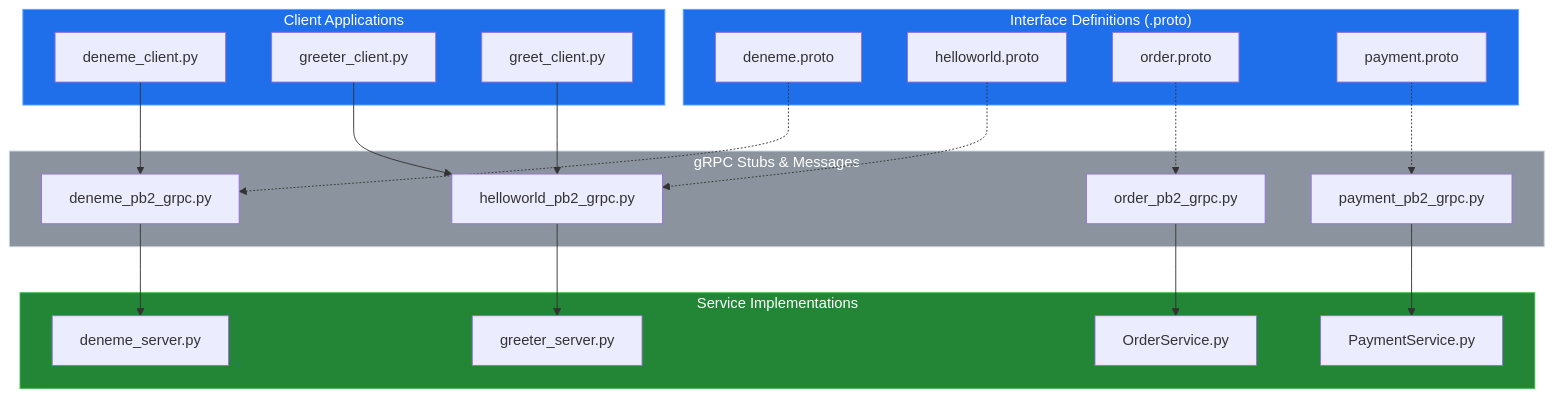
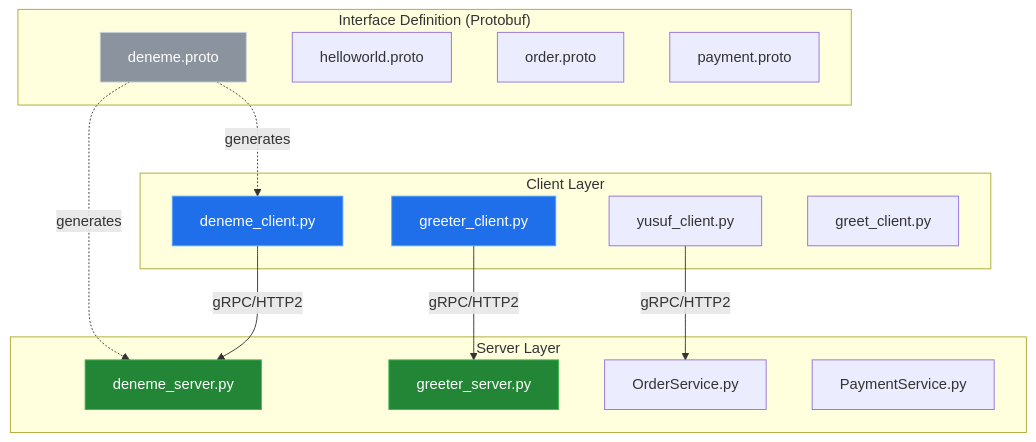
The first of 2 diagrams in README_ARCH.md (YusuffBulbul/GRPC_calisma), drawn with Mermaid before and after one commit. The commit also changed other lines of this file, not shown here.

Commit message:
docs: update system blueprint (2026-09-07)

````diff
--- a/README_ARCH.md
+++ b/README_ARCH.md
@@ -19,49 +19,35 @@
 ```mermaid
 flowchart TD
-    subgraph Protobuf ["Interface Definitions (.proto)"]
+    subgraph ClientLayer ["Client Layer"]
+        C1["deneme_client.py"]
+        C2["greeter_client.py"]
+        C3["yusuf_client.py"]
+        C4["greet_client.py"]
+    end
+
+    subgraph InterfaceLayer ["Interface Definition (Protobuf)"]
         P1["deneme.proto"]
         P2["helloworld.proto"]
         P3["order.proto"]
         P4["payment.proto"]
     end
 
-    subgraph Generated ["gRPC Stubs & Messages"]
-        G1["deneme_pb2_grpc.py"]
-        G2["helloworld_pb2_grpc.py"]
-        G3["order_pb2_grpc.py"]
-        G4["payment_pb2_grpc.py"]
-    end
-
-    subgraph Logic ["Service Implementations"]
+    subgraph ServerLayer ["Server Layer"]
         S1["deneme_server.py"]
         S2["greeter_server.py"]
         S3["OrderService.py"]
         S4["PaymentService.py"]
     end
 
-    subgraph Clients ["Client Applications"]
-        C1["deneme_client.py"]
-        C2["greeter_client.py"]
-        C3["greet_client.py"]
-    end
-
-    P1 -.-> G1
-    P2 -.-> G2
-    P3 -.-> G3
-    P4 -.-> G4
-
-    G1 --> S1
-    G2 --> S2
-    G3 --> S3
-    G4 --> S4
-
-    C1 --> G1
-    C2 --> G2
-    C3 --> G2
-
-    style Protobuf fill:#1f6feb,stroke:#58a6ff,color:#fff
-    style Generated fill:#8b949e,stroke:#c9d1d9,color:#fff
-    style Logic fill:#238636,stroke:#3fb950,color:#fff
-    style Clients fill:#1f6feb,stroke:#58a6ff,color:#fff
+    C1 -->|"gRPC/HTTP2"| S1
+    C2 -->|"gRPC/HTTP2"| S2
+    P1 -.->|"generates"| C1
+    P1 -.->|"generates"| S1
+    C3 -->|"gRPC/HTTP2"| S3
+    style C1 fill:#1f6feb,stroke:#58a6ff,color:#fff
+    style C2 fill:#1f6feb,stroke:#58a6ff,color:#fff
+    style S1 fill:#238636,stroke:#3fb950,color:#fff
+    style S2 fill:#238636,stroke:#3fb950,color:#fff
+    style P1 fill:#8b949e,stroke:#c9d1d9,color:#fff
 
 ```
````
